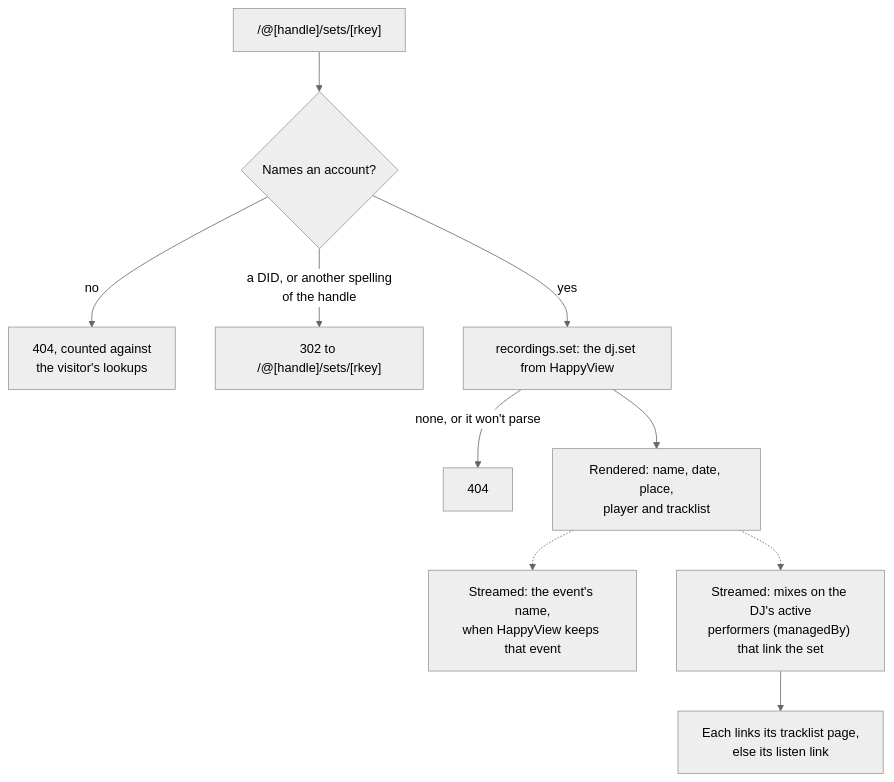
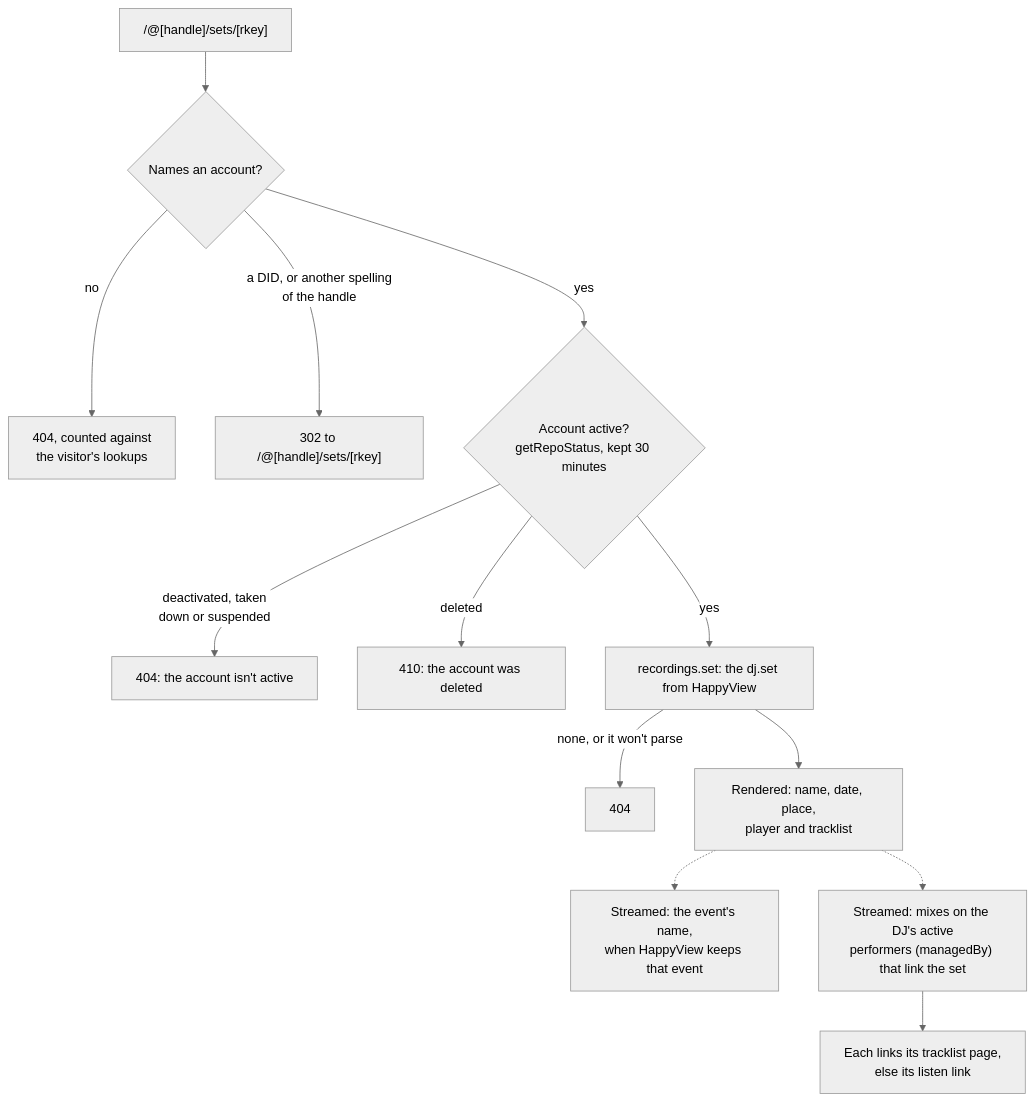
The fifth of 6 diagrams in apps/web/docs/diagrams/mixes-and-sets.md (cutenode/localnetwork), drawn with Mermaid (neutral theme) before and after one commit. The commit also changed other lines of this file and 41 other files, not shown here.

````diff
--- a/apps/web/docs/diagrams/mixes-and-sets.md
+++ b/apps/web/docs/diagrams/mixes-and-sets.md
@@ -96,12 +96,15 @@
 ```mermaid
 flowchart TD
   Visit["/@[handle]/sets/[rkey]"] --> Account{"Names an account?"}
   Account -- "no" --> Miss["404, counted against<br/>the visitor's lookups"]
   Account -- "a DID, or another spelling<br/>of the handle" --> Redirect["302 to /@[handle]/sets/[rkey]"]
-  Account -- "yes" --> Set["recordings.set: the dj.set from HappyView"]
+  Account -- "yes" --> Active{"Account active?<br/>getRepoStatus, kept 30 minutes"}
+  Active -- "deactivated, taken<br/>down or suspended" --> Inactive["404: the account isn't active"]
+  Active -- "deleted" --> Deleted["410: the account was deleted"]
+  Active -- "yes" --> Set["recordings.set: the dj.set from HappyView"]
   Set -- "none, or it won't parse" --> Gone["404"]
   Set --> Render["Rendered: name, date, place,<br/>player and tracklist"]
   Render -.-> Event["Streamed: the event's name,<br/>when HappyView keeps that event"]
   Render -.-> Mixes["Streamed: mixes on the DJ's active<br/>performers (managedBy) that link the set"]
   Mixes --> Report["Each links its tracklist page,<br/>else its listen link"]
 ```
````
